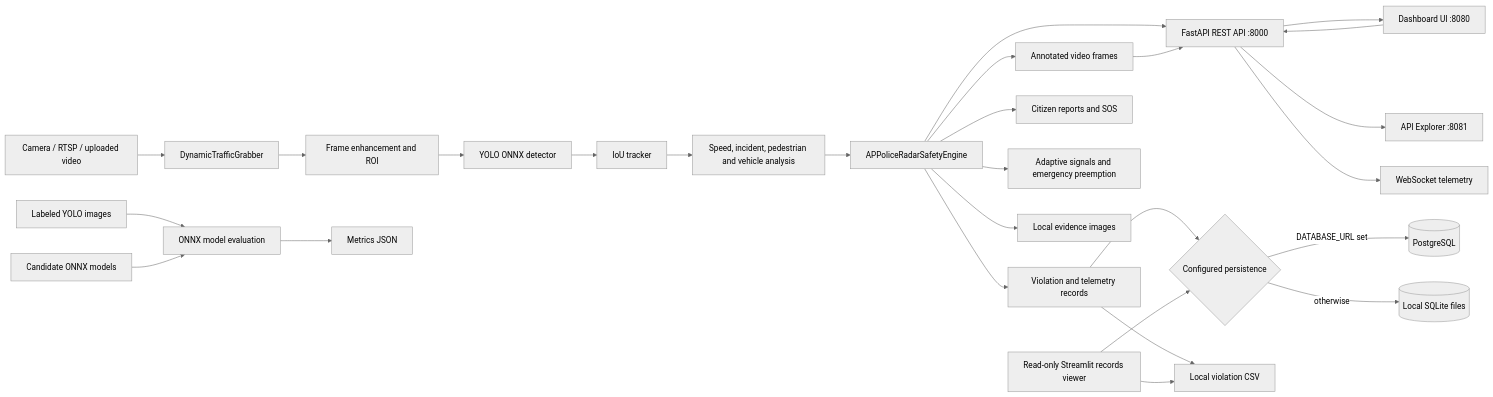
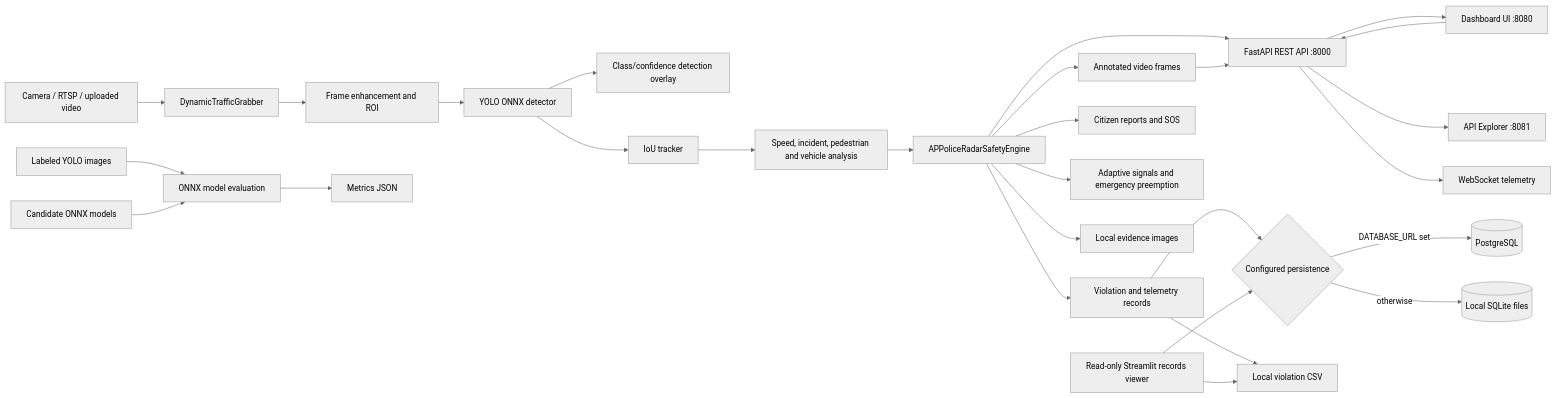
One commit to venkata-sai-01/capstone-project changed the diagram in ARCHITECTURE.md. Above: the diagram before and after it, drawn with Mermaid (neutral theme). The commit also changed 5 other files, not shown here.

````diff
--- a/ARCHITECTURE.md
+++ b/ARCHITECTURE.md
@@ -9,32 +9,33 @@
 ```mermaid
 flowchart LR
     Camera[Camera / RTSP / uploaded video] --> Capture[DynamicTrafficGrabber]
     Capture --> Vision[Frame enhancement and ROI]
     Vision --> Detector[YOLO ONNX detector]
+    Detector --> Overlay[Class/confidence detection overlay]
     Detector --> Tracker[IoU tracker]
     Tracker --> Safety[Speed, incident, pedestrian and vehicle analysis]
     Safety --> Engine[APPoliceRadarSafetyEngine]
     Engine --> Annotated[Annotated video frames]
     Engine --> Records[Violation and telemetry records]
     Engine --> Portal[Citizen reports and SOS]
     Engine --> Signals[Adaptive signals and emergency preemption]
 
     Engine --> API[FastAPI REST API :8000]
     Annotated --> API
     API --> Browser[Dashboard UI :8080]
     API --> Explorer[API Explorer :8081]
     API --> WS[WebSocket telemetry]
     Browser --> API
 
     Records --> DB{Configured persistence}
     DB -->|DATABASE_URL set| PostgreSQL[(PostgreSQL)]
     DB -->|otherwise| SQLite[(Local SQLite files)]
     Records --> CSV[Local violation CSV]
     Engine --> Files[Local evidence images]
     Streamlit[Read-only Streamlit records viewer] --> DB
     Streamlit --> CSV
 
     EvalData[Labeled YOLO images] --> Eval[ONNX model evaluation]
     ModelFiles[Candidate ONNX models] --> Eval
     Eval --> EvalReport[Metrics JSON]
 ```
````
